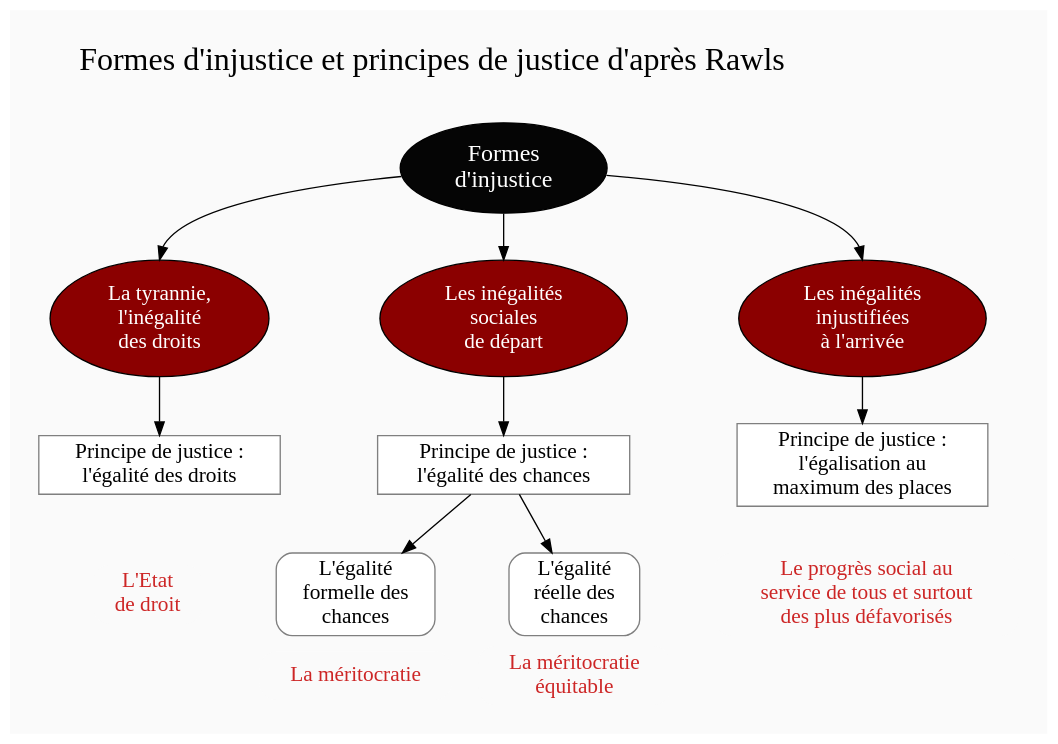
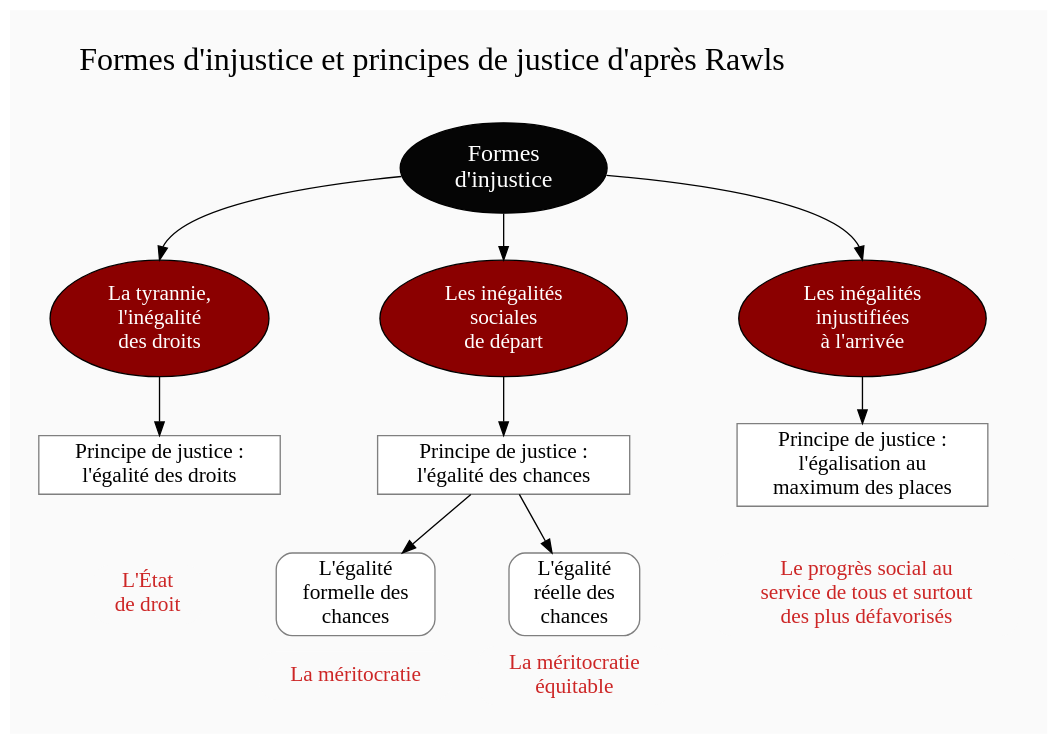
One commit to eyssette/graphviz-examples changed the diagram in diagram/formes-injustice-principes-justice-Rawls.dot. Above: the diagram before and after it, drawn with Graphviz. The commit also changed 1 other file, not shown here.

```diff
--- a/diagram/formes-injustice-principes-justice-Rawls.dot
+++ b/diagram/formes-injustice-principes-justice-Rawls.dot
@@ -1,108 +1,108 @@
 digraph G {
 // Template : diagram
 // Usage : 
 //rankdir=LR
 splines=true
 //splines=curved
 bgcolor=grey98
 pad=0.3
 style=filled
 edge[minlen=4]
 node[style=filled, fontcolor=white]
 ranksep=0.1
 nodesep=0.2
 
 label=<<FONT point-size="24">Formes d'injustice et principes de justice d'après Rawls<br/><br/></FONT>>
 labelloc=t
 labelfontsize=24
 
 // NIVEAU 1
 node[fillcolor=grey2, fontsize=18]
 a1[label="Formes
 d'injustice"]
 
 // NIVEAU 2
 node[fillcolor=red4, fontsize=16]
 a1->{
 b1[label="La tyrannie,
 l'inégalité
 des droits"]    
 b2[label="Les inégalités
 sociales
 de départ"]
 b3[label="Les inégalités
 injustifiées
 à l'arrivée"]
 }[headport=n]
 
 {rank=same;b1->b2->b3[style=invis, minlen=6]}
 
 node[fontcolor=black]
 // NIVEAU 3 (sans intermédiaire)
 node [shape=box, fillcolor=white, color=grey50]
 // c1[label=""]
 b1->c1
 c1[label="Principe de justice :
 l'égalité des droits"]
 b2->c2
 c2[label="Principe de justice :
 l'égalité des chances"]
 b3->c3
 c3[label="Principe de justice :
 l'égalisation au
 maximum des places"]
 
 {rank=same;c1->c2->c3[style=invis]}
 
 // INTERMÉDIAIRE AVANT NIVEAU 3
 node[fillcolor=grey78, shape=oval]
 // [arrowhead=none]
 // bc1[label=""e1[label=""]]
 
 // NIVEAU 3 (avec intermédiaire)
 node[fillcolor=white, shape=box, color=grey50]
 // c1[label=""]
 
 // NIVEAU 4
 node[style="filled,rounded", fillcolor=white, shape=box, color=grey50]
 // d1[label=""]
 c2->d1
 d1[label="L'égalité
 formelle des
 chances"]
 c2->d2
 d2[label="L'égalité
 réelle des
 chances"]
 
 // ÉTIQUETTES EN ROUGE
 node[shape=plaintext, fontcolor=firebrick3, fillcolor=grey98]
 // e1[label=< <B>= Titre</B><BR /><BR />Contenu<BR /> >]
 // e1[label=""]
 // ->e1[minlen=1, style=invis]
 c1->e1[minlen=1, style=invis]
-e1[label="L'Etat
+e1[label="L'État
 de droit"]
 
 d1->e2[minlen=1, style=invis]
 e2[label="La méritocratie"]
 
 d2->e3[minlen=1, style=invis]
 e3[label="La méritocratie
 équitable"]
 
 c3->e4[minlen=1, style=invis]
 e4[label="Le progrès social au 
 service de tous et surtout
 des plus défavorisés"]
 
 {rank=same;e1->d1->d2->e4[style=invis]}
 
 // REMARQUES EN BLEU
 node[color=blue, shape=box, margin=0.07, fontcolor=black, fontsize=12, style="dashed", penwidth=0.6]
 edge[color=blue, arrowhead="none", xlabel="", style="dashed", penwidth=0.6]
 // r1[label=""]
 // {rank=same;->r1}
 // {rank=same;r1->[dir=back]}
 
 }
```
